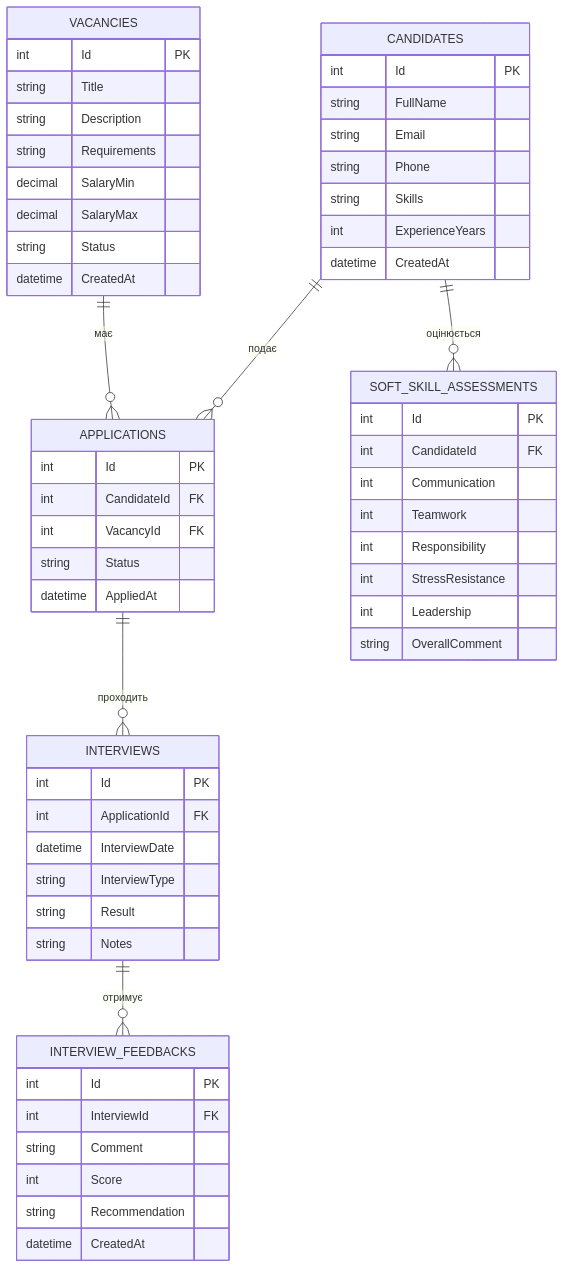
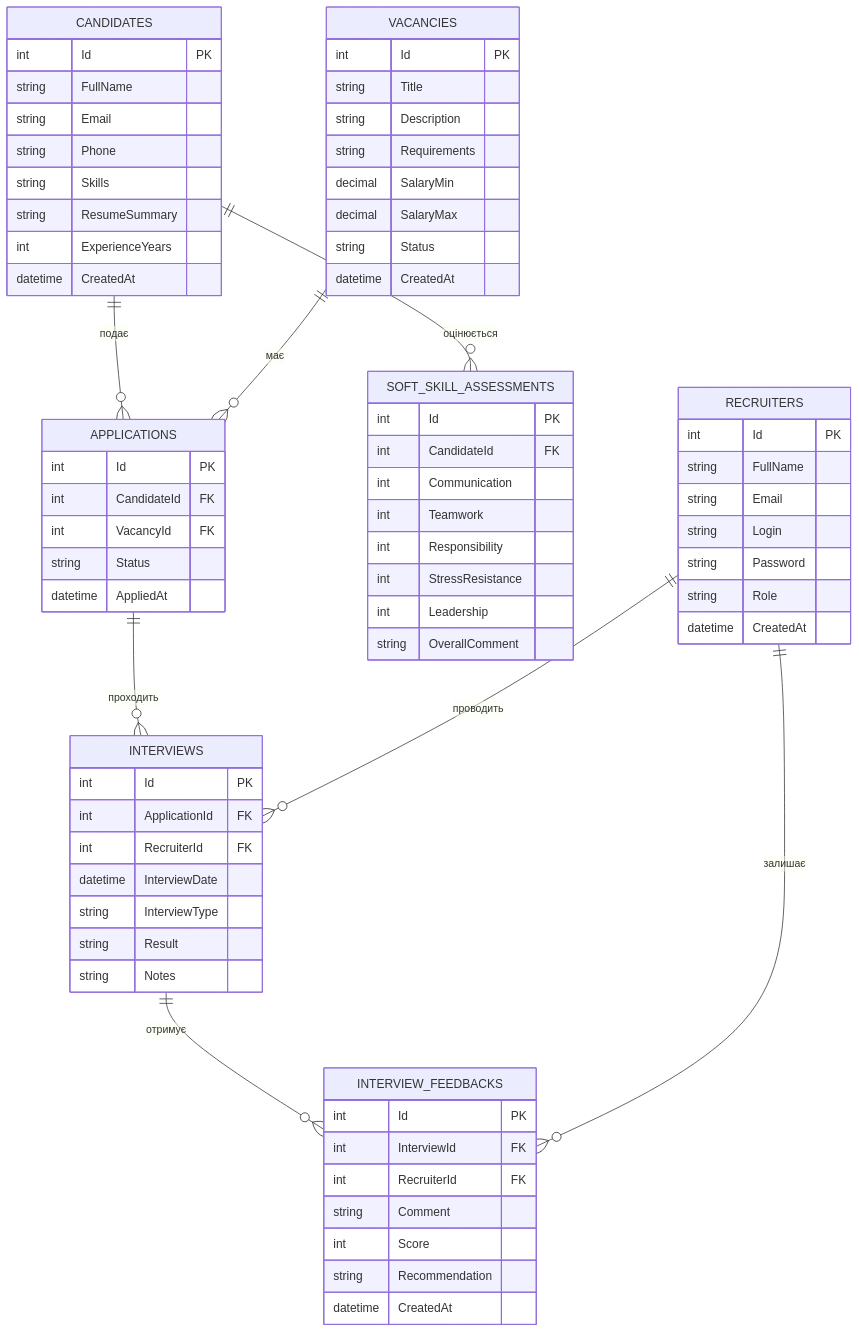
Before and after one commit to MaksBlyshchyk/-: the first of 2 diagrams in Docs/CourseMaterials.md, drawn with Mermaid. The commit also changed other lines of this file and 44 other files, not shown here.

````diff
--- a/Docs/CourseMaterials.md
+++ b/Docs/CourseMaterials.md
@@ -13,66 +13,81 @@
 ```mermaid
 erDiagram
     CANDIDATES ||--o{ APPLICATIONS : "подає"
     VACANCIES ||--o{ APPLICATIONS : "має"
     APPLICATIONS ||--o{ INTERVIEWS : "проходить"
     INTERVIEWS ||--o{ INTERVIEW_FEEDBACKS : "отримує"
     CANDIDATES ||--o{ SOFT_SKILL_ASSESSMENTS : "оцінюється"
+    RECRUITERS ||--o{ INTERVIEWS : "проводить"
+    RECRUITERS ||--o{ INTERVIEW_FEEDBACKS : "залишає"
 
     CANDIDATES {
         int Id PK
         string FullName
         string Email
         string Phone
         string Skills
+        string ResumeSummary
         int ExperienceYears
         datetime CreatedAt
     }
 
     VACANCIES {
         int Id PK
         string Title
         string Description
         string Requirements
         decimal SalaryMin
         decimal SalaryMax
         string Status
         datetime CreatedAt
     }
 
     APPLICATIONS {
         int Id PK
         int CandidateId FK
         int VacancyId FK
         string Status
         datetime AppliedAt
     }
 
     INTERVIEWS {
         int Id PK
         int ApplicationId FK
+        int RecruiterId FK
         datetime InterviewDate
         string InterviewType
         string Result
         string Notes
     }
 
     INTERVIEW_FEEDBACKS {
         int Id PK
         int InterviewId FK
+        int RecruiterId FK
         string Comment
         int Score
         string Recommendation
         datetime CreatedAt
     }
 
     SOFT_SKILL_ASSESSMENTS {
         int Id PK
         int CandidateId FK
         int Communication
         int Teamwork
         int Responsibility
         int StressResistance
         int Leadership
         string OverallComment
     }
+
+    RECRUITERS {
+        int Id PK
+        string FullName
+        string Email
+        string Login
+        string Password
+        string Role
+        datetime CreatedAt
+    }
 ```
````
